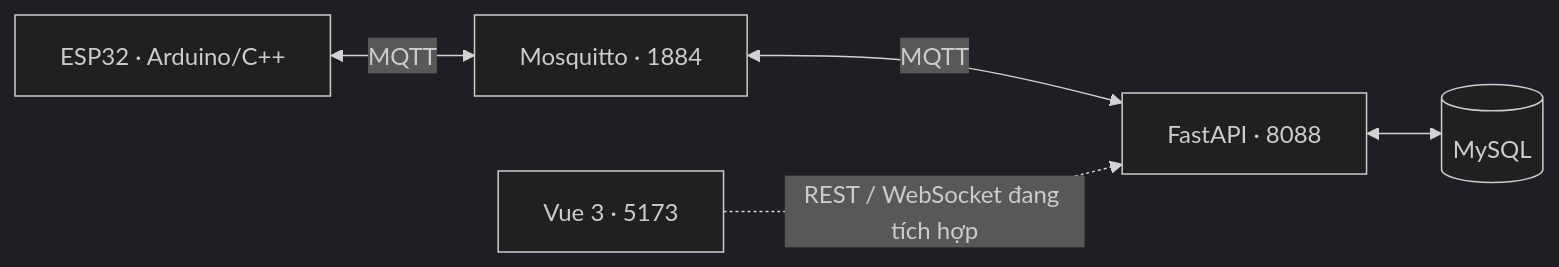
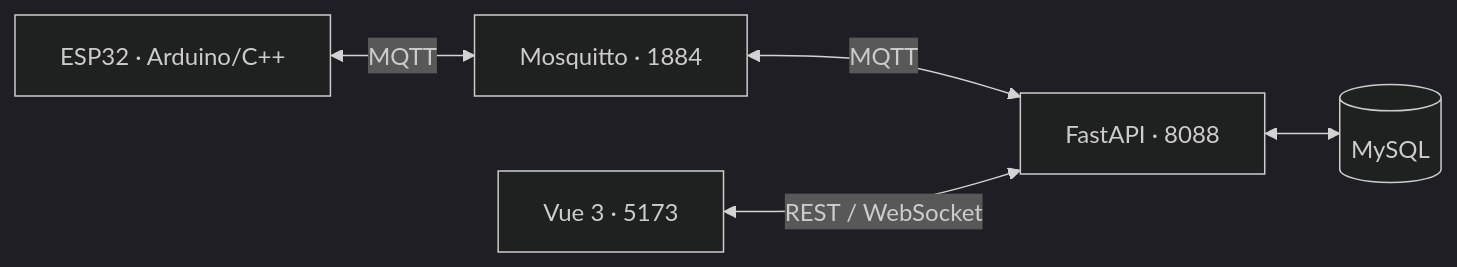
One commit to hippolodo/IoT-esp32 changed the diagram in README.md. Above: the diagram before and after it, drawn with Mermaid (dark theme). The commit also changed other lines of this file and 19 other files, not shown here.

````diff
--- a/README.md
+++ b/README.md
@@ -23,7 +24,7 @@
 ```mermaid
 flowchart LR
     ESP[ESP32 · Arduino/C++] <-->|MQTT| Broker[Mosquitto · 1884]
     Broker <-->|MQTT| API[FastAPI · 8088]
     API <--> DB[(MySQL)]
-    Web[Vue 3 · 5173] -. REST / WebSocket đang tích hợp .-> API
+    Web[Vue 3 · 5173] <-->|REST / WebSocket| API
 ```
````
